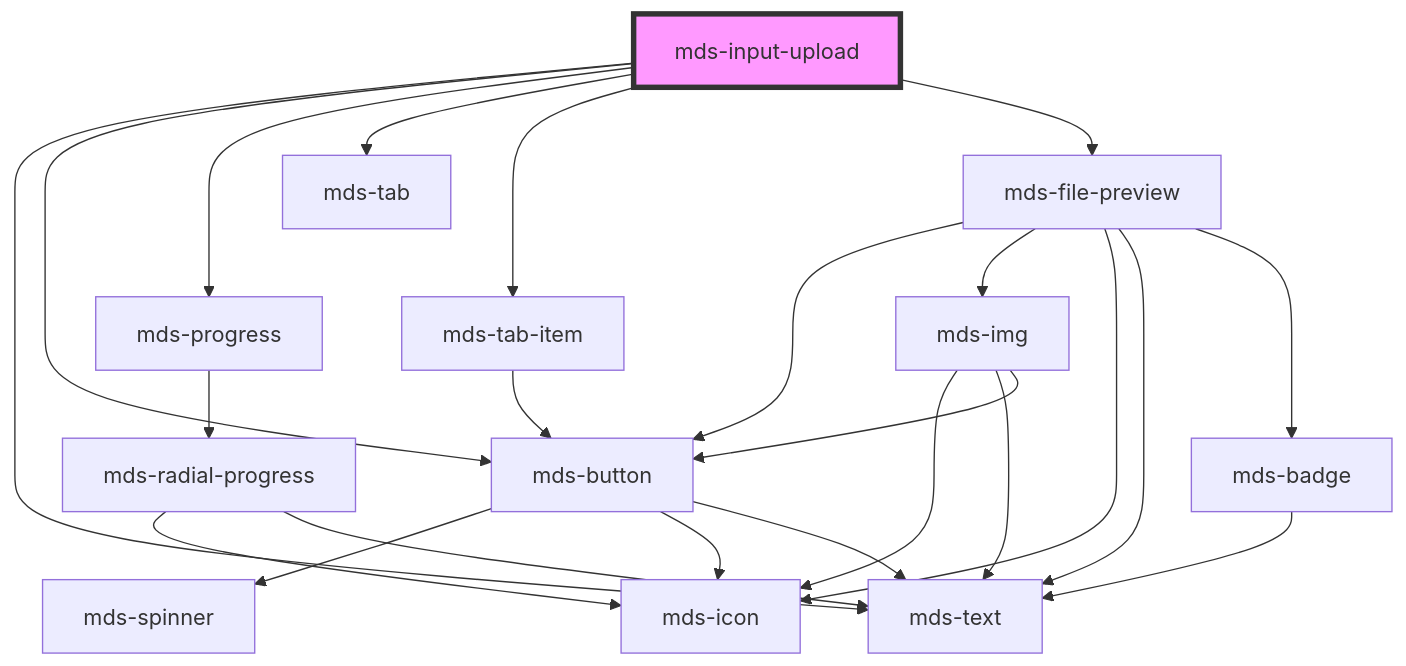
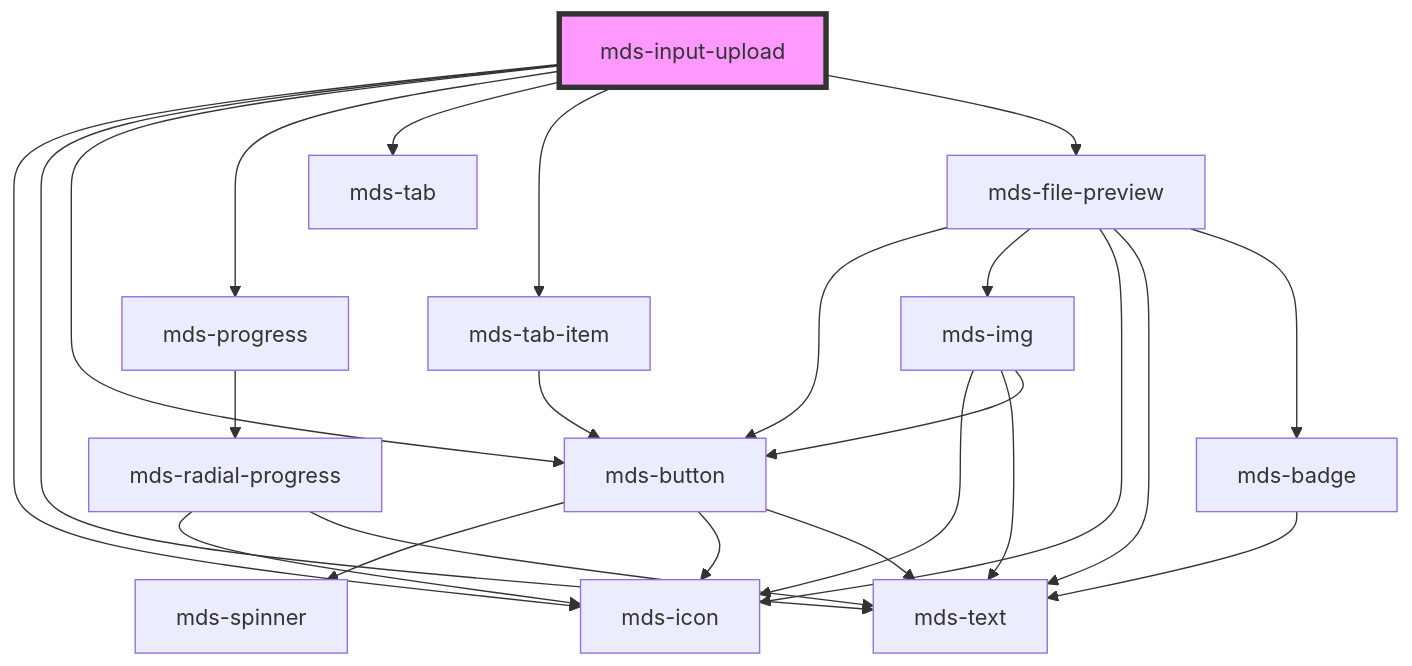
One commit to magma-design-system/magma changed the diagram in projects/stencil/src/components/mds-input-upload/readme.md. Above: the diagram before and after it, drawn with Mermaid. The commit also changed other lines of this file and 2 other files, not shown here.

Commit message:
style(mds-input-upload): update icon and layout styles for improved UI consistency

````diff
--- a/projects/stencil/src/components/mds-input-upload/readme.md
+++ b/projects/stencil/src/components/mds-input-upload/readme.md
@@ -92,26 +93,27 @@
 ```mermaid
 graph TD;
+  mds-input-upload --> mds-icon
   mds-input-upload --> mds-text
   mds-input-upload --> mds-button
   mds-input-upload --> mds-progress
   mds-input-upload --> mds-tab
   mds-input-upload --> mds-tab-item
   mds-input-upload --> mds-file-preview
   mds-button --> mds-spinner
   mds-button --> mds-icon
   mds-button --> mds-text
   mds-progress --> mds-radial-progress
   mds-radial-progress --> mds-icon
   mds-radial-progress --> mds-text
   mds-tab-item --> mds-button
   mds-file-preview --> mds-button
   mds-file-preview --> mds-img
   mds-file-preview --> mds-icon
   mds-file-preview --> mds-text
   mds-file-preview --> mds-badge
   mds-img --> mds-icon
   mds-img --> mds-text
   mds-img --> mds-button
   mds-badge --> mds-text
   style mds-input-upload fill:#f9f,stroke:#333,stroke-width:4px
 ```
````
